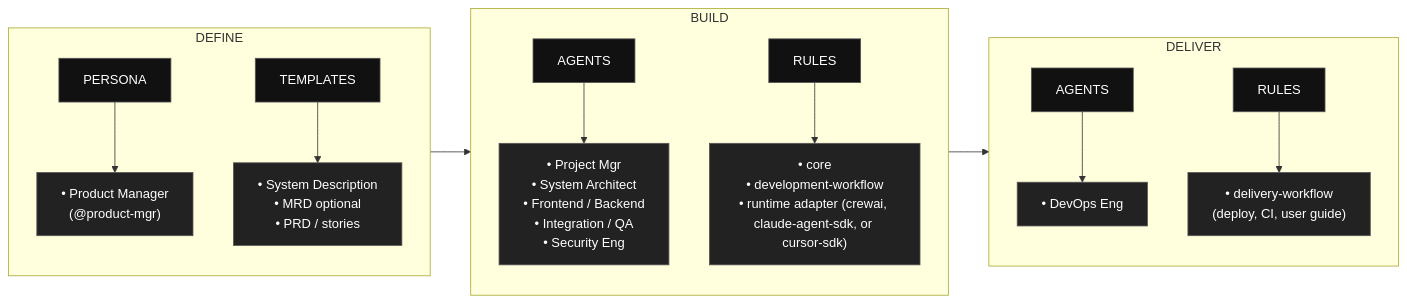
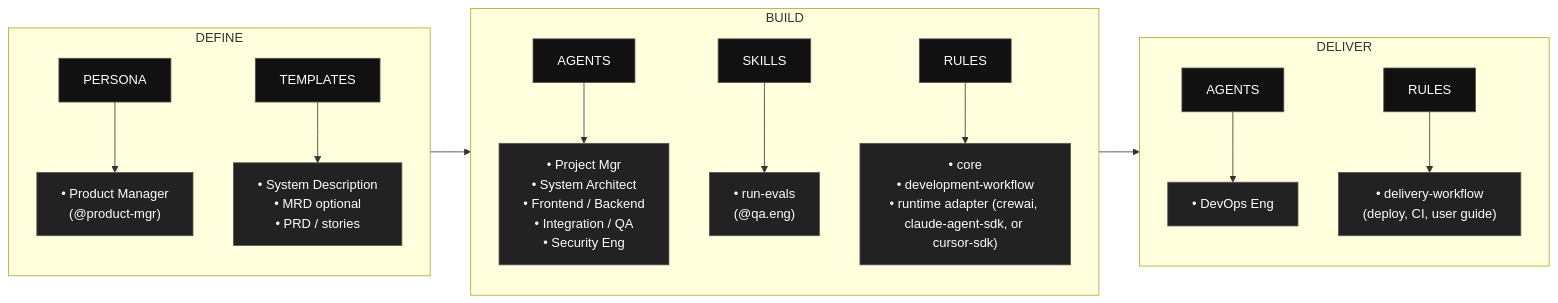
One commit to sunilzagade27/AICustscrew changed the diagram in README.md. Above: the diagram before and after it, drawn with Mermaid. The commit also changed other lines of this file and 11 other files, not shown here.

````diff
--- a/README.md
+++ b/README.md
@@ -84,23 +85,24 @@
 ```mermaid
 flowchart LR
   %% AAMAD phases overview
   subgraph P1[DEFINE]
     D1H[ PERSONA ]:::hdr --> D1L["• Product Manager<br/>(@product-mgr)"]:::list
     D2H[TEMPLATES]:::hdr --> D2L["• System Description<br/>• MRD optional<br/>• PRD / stories"]:::list
   end
 
   subgraph P2[BUILD]
     B1H[AGENTS]:::hdr --> B1L["• Project Mgr<br/>• System Architect<br/>• Frontend / Backend<br/>• Integration / QA<br/>• Security Eng"]:::list
+    B3H[SKILLS]:::hdr --> B3L["• run-evals<br/>(@qa.eng)"]:::list
     B2H[RULES]:::hdr --> B2L["• core<br/>• development‑workflow<br/>• runtime adapter (crewai, claude-agent-sdk, or cursor-sdk)"]:::list
   end
 
   subgraph P3[DELIVER]
     L1H[AGENTS]:::hdr --> L1L["• DevOps Eng"]:::list
     L2H[RULES]:::hdr --> L2L["• delivery‑workflow<br/>(deploy, CI, user guide)"]:::list
   end
 
   P1 --> P2 --> P3
 
   classDef hdr fill:#111,stroke:#555,color:#fff;
   classDef list fill:#222,stroke:#555,color:#fff;
 ``` 
````
